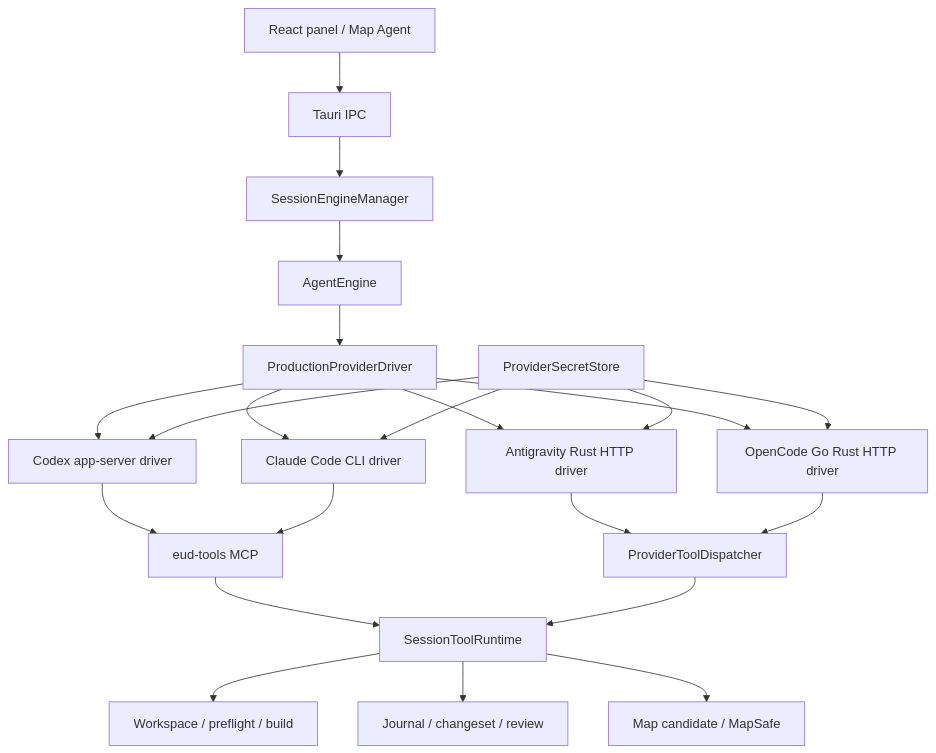
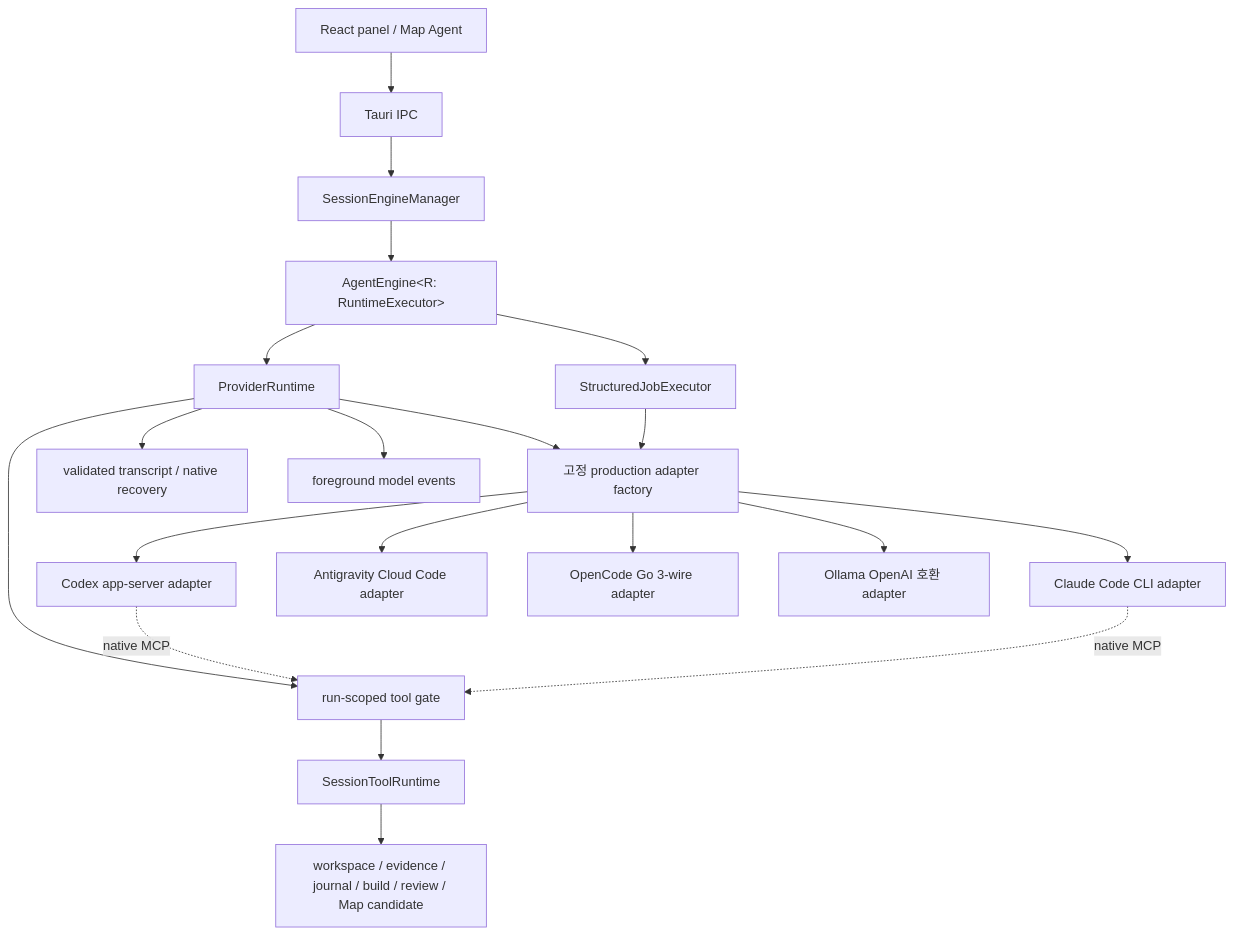
The diagram in hivemind/docs/features/five-provider-agent-runtime-plan.md (raravel/eud-agent), drawn with Mermaid before and after one commit. The commit also changed other lines of this file and 122 other files, not shown here.

First line of the commit message:
feat: continue foreground turns across soft boundaries and land native project launcher

````diff
--- a/hivemind/docs/features/five-provider-agent-runtime-plan.md
+++ b/hivemind/docs/features/five-provider-agent-runtime-plan.md
@@ -174,28 +176,22 @@
 ```mermaid
 flowchart TD
     Panel[React panel / Map Agent] --> IPC[Tauri IPC]
     IPC --> Manager[SessionEngineManager]
-    Manager --> Engine[AgentEngine]
-    Engine --> Driver[ProductionProviderDriver]
-
-    Driver --> Codex[Codex app-server driver]
-    Driver --> Claude[Claude Code CLI driver]
-    Driver --> AGV[Antigravity Rust HTTP driver]
-    Driver --> Go[OpenCode Go Rust HTTP driver]
-
-    Codex --> MCP[eud-tools MCP]
-    Claude --> MCP
-    AGV --> Dispatch[ProviderToolDispatcher]
-    Go --> Dispatch
-    MCP --> Runtime[SessionToolRuntime]
-    Dispatch --> Runtime
-
-    Runtime --> Workspace[Workspace / preflight / build]
-    Runtime --> Journal[Journal / changeset / review]
-    Runtime --> Map[Map candidate / MapSafe]
-
-    Secrets[ProviderSecretStore] --> Codex
-    Secrets --> Claude
-    Secrets --> AGV
-    Secrets --> Go
+    Manager --> Engine["AgentEngine&lt;R: RuntimeExecutor&gt;"]
+    Engine --> Runtime[ProviderRuntime]
+    Engine --> Jobs[StructuredJobExecutor]
+    Runtime --> Factory[고정 production adapter factory]
+    Jobs --> Factory
+    Factory --> Codex[Codex app-server adapter]
+    Factory --> Claude[Claude Code CLI adapter]
+    Factory --> AGV[Antigravity Cloud Code adapter]
+    Factory --> Go[OpenCode Go 3-wire adapter]
+    Factory --> Ollama[Ollama OpenAI 호환 adapter]
+    Runtime --> Gate[run-scoped tool gate]
+    Codex -. native MCP .-> Gate
+    Claude -. native MCP .-> Gate
+    Gate --> Tools[SessionToolRuntime]
+    Tools --> Domain[workspace / evidence / journal / build / review / Map candidate]
+    Runtime --> Store[validated transcript / native recovery]
+    Runtime --> Events[foreground model events]
 ```
````
